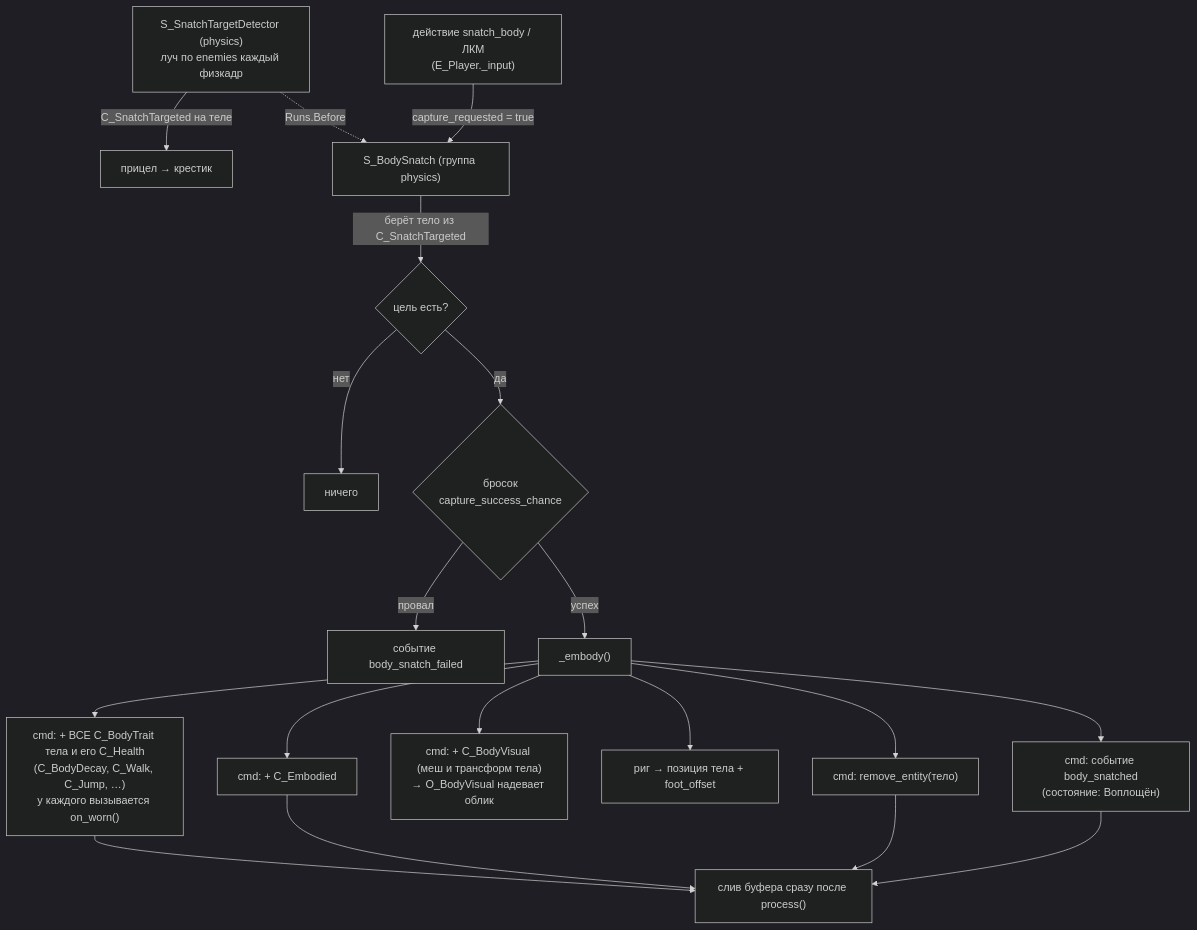
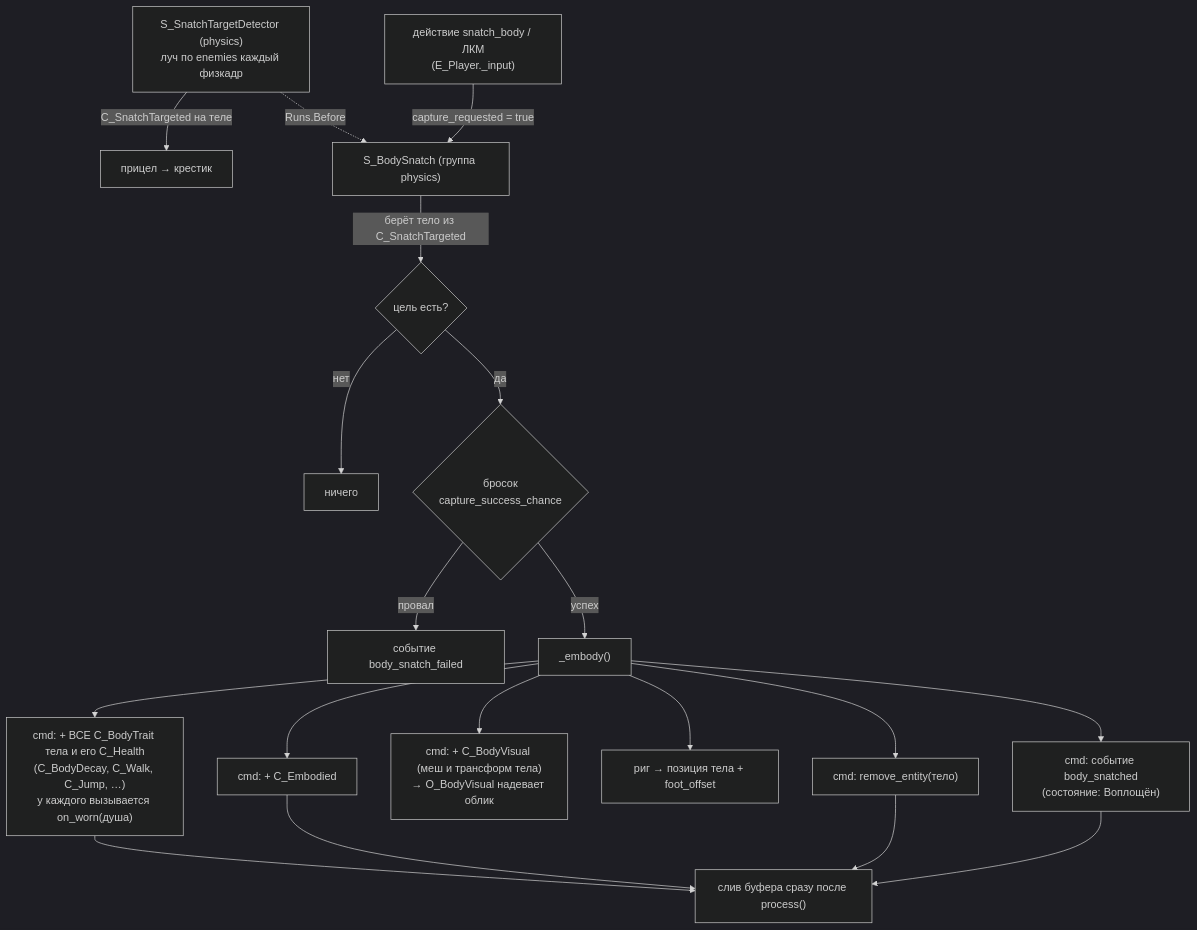
One commit to Manshooo/astral-genesis changed the first of 2 diagrams in docs/astral-genesis/how-to/Захват тела.md. Above: the diagram before and after it, drawn with Mermaid (dark theme). The commit also changed other lines of this file and 28 other files, not shown here.

````diff
--- a/docs/astral-genesis/how-to/Захват тела.md
+++ b/docs/astral-genesis/how-to/Захват тела.md
@@ -111,19 +198,19 @@
 ```mermaid
 flowchart TD
     det["S_SnatchTargetDetector (physics)<br/>луч по enemies каждый физкадр"] -->|"C_SnatchTargeted на теле"| cross["прицел → крестик"]
     lmb["действие snatch_body / ЛКМ<br/>(E_Player._input)"] -->|"capture_requested = true"| sbs["S_BodySnatch (группа physics)"]
     sbs -->|"берёт тело из C_SnatchTargeted"| hit{"цель есть?"}
     det -.->|"Runs.Before"| sbs
     hit -->|"нет"| idle["ничего"]
     hit -->|"да"| roll{"бросок<br/>capture_success_chance"}
     roll -->|"провал"| failed["событие body_snatch_failed"]
     roll -->|"успех"| embody["_embody()"]
 
-    embody --> e1["cmd: + ВСЕ C_BodyTrait тела и его C_Health<br/>(C_BodyDecay, C_Walk, C_Jump, …)<br/>у каждого вызывается on_worn()"]
+    embody --> e1["cmd: + ВСЕ C_BodyTrait тела и его C_Health<br/>(C_BodyDecay, C_Walk, C_Jump, …)<br/>у каждого вызывается on_worn(душа)"]
     embody --> e2["cmd: + C_Embodied"]
     embody --> e2b["cmd: + C_BodyVisual (меш и трансформ тела)<br/>→ O_BodyVisual надевает облик"]
     embody --> e4["риг → позиция тела + foot_offset"]
     embody --> e5["cmd: remove_entity(тело)"]
     embody --> done["cmd: событие body_snatched<br/>(состояние: Воплощён)"]
     e1 & e2 & e5 & done --> flush["слив буфера сразу после process()"]
 ```
````
